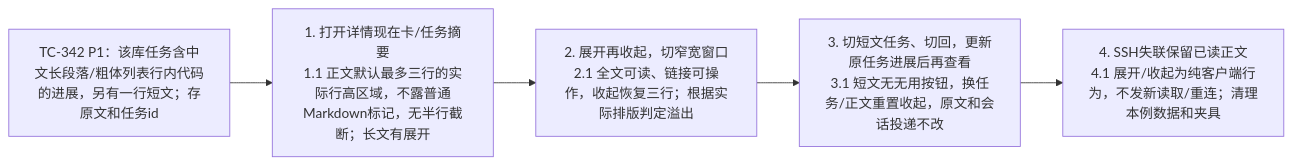
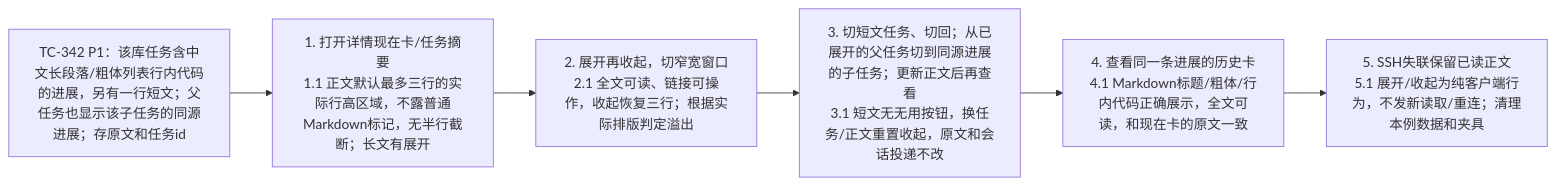
The eighth of 8 diagrams in docs/issue/本地任务管理/tests/cases/任务交互修复回归.md (Fartown/orca), drawn with Mermaid before and after one commit. The commit also changed other lines of this file and 4 other files, not shown here.

````diff
--- a/docs/issue/本地任务管理/tests/cases/任务交互修复回归.md
+++ b/docs/issue/本地任务管理/tests/cases/任务交互修复回归.md
@@ -142,7 +142,8 @@
 ```mermaid
 flowchart LR
-  A["TC-342 P1：该库任务含中文长段落/粗体列表行内代码的进展，另有一行短文；存原文和任务id"] --> B["1. 打开详情现在卡/任务摘要<br/>1.1 正文默认最多三行的实际行高区域，不露普通Markdown标记，无半行截断；长文有展开"]
+  A["TC-342 P1：该库任务含中文长段落/粗体列表行内代码的进展，另有一行短文；父任务也显示该子任务的同源进展；存原文和任务id"] --> B["1. 打开详情现在卡/任务摘要<br/>1.1 正文默认最多三行的实际行高区域，不露普通Markdown标记，无半行截断；长文有展开"]
   B --> C["2. 展开再收起，切窄宽窗口<br/>2.1 全文可读、链接可操作，收起恢复三行；根据实际排版判定溢出"]
-  C --> D["3. 切短文任务、切回，更新原任务进展后再查看<br/>3.1 短文无无用按钮，换任务/正文重置收起，原文和会话投递不改"]
-  D --> E["4. SSH失联保留已读正文<br/>4.1 展开/收起为纯客户端行为，不发新读取/重连；清理本例数据和夹具"]
+  C --> D["3. 切短文任务、切回；从已展开的父任务切到同源进展的子任务；更新正文后再查看<br/>3.1 短文无无用按钮，换任务/正文重置收起，原文和会话投递不改"]
+  D --> E["4. 查看同一条进展的历史卡<br/>4.1 Markdown标题/粗体/行内代码正确展示，全文可读，和现在卡的原文一致"]
+  E --> F["5. SSH失联保留已读正文<br/>5.1 展开/收起为纯客户端行为，不发新读取/重连；清理本例数据和夹具"]
 ```
````
